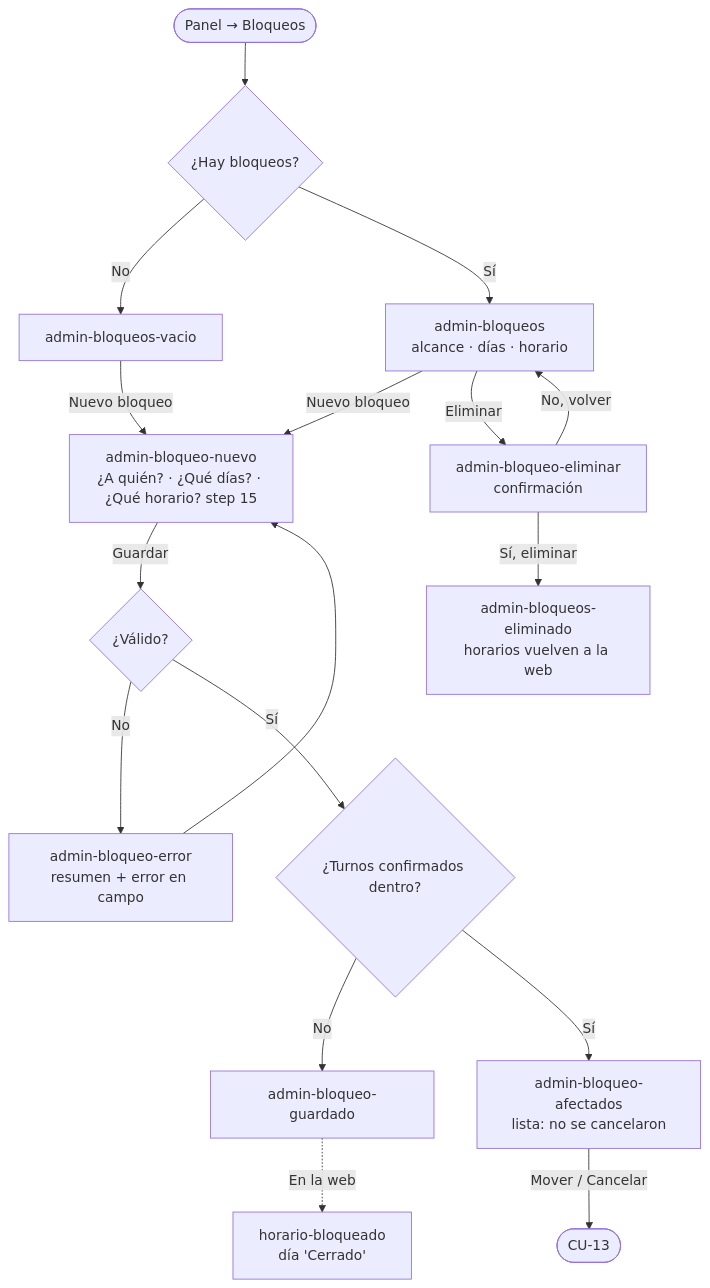
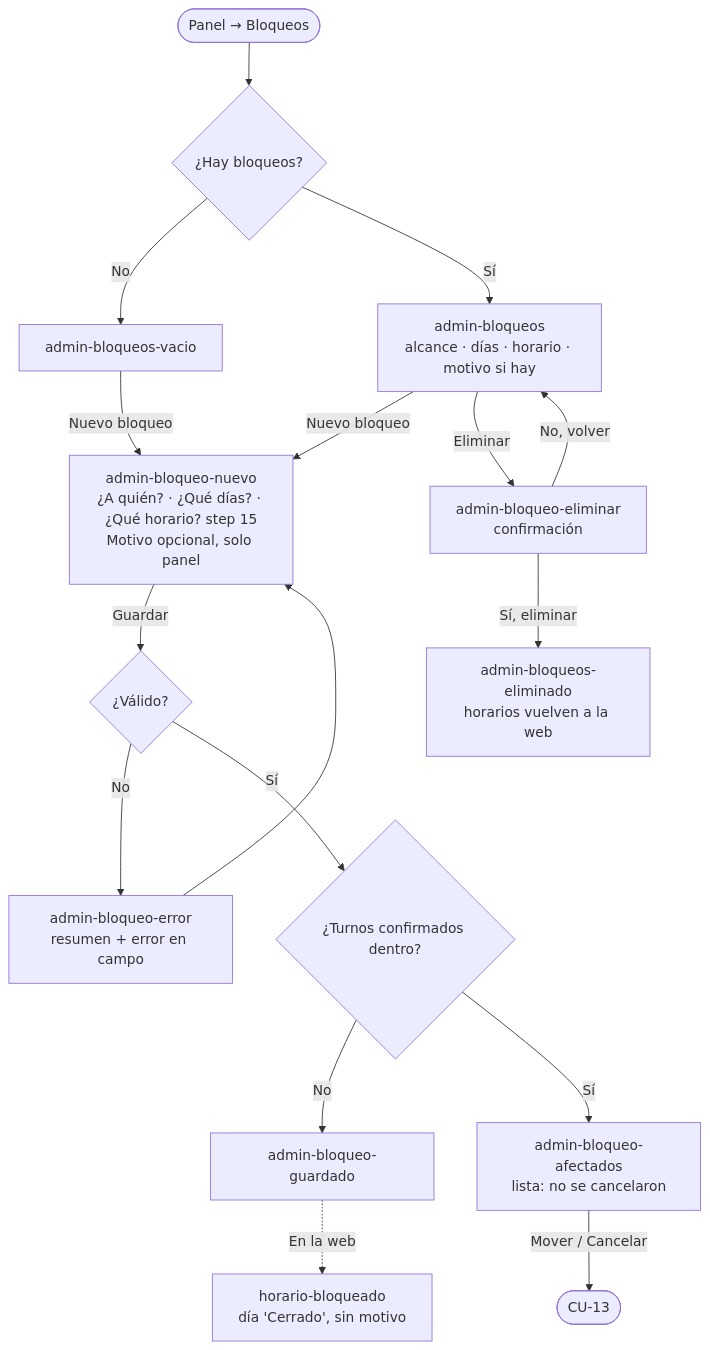
Diagram 15 of 18 in initiatives/turnos-peluqueria-mvp/flows.md (gm2dev/coop-agents-design), drawn with Mermaid before and after one commit. The commit also changed other lines of this file and 3 other files, not shown here.

Commit message:
docs(turnos-peluqueria-mvp): resolver P-D9 a P-D14, DD-31 con motivo y DD-36 bloqueos en la agenda (v0.6)

````diff
--- a/initiatives/turnos-peluqueria-mvp/flows.md
+++ b/initiatives/turnos-peluqueria-mvp/flows.md
@@ -265,18 +265,18 @@
 ```mermaid
 flowchart TD
   nav([Panel → Bloqueos]) --> any{¿Hay bloqueos?}
   any -->|No| empty[admin-bloqueos-vacio]
-  any -->|Sí| list[admin-bloqueos<br/>alcance · días · horario]
-  empty & list -->|Nuevo bloqueo| form[admin-bloqueo-nuevo<br/>¿A quién? · ¿Qué días? · ¿Qué horario? step 15]
+  any -->|Sí| list[admin-bloqueos<br/>alcance · días · horario · motivo si hay]
+  empty & list -->|Nuevo bloqueo| form[admin-bloqueo-nuevo<br/>¿A quién? · ¿Qué días? · ¿Qué horario? step 15<br/>Motivo opcional, solo panel]
   form -->|Guardar| val{¿Válido?}
   val -->|No| ferr[admin-bloqueo-error<br/>resumen + error en campo]
   ferr --> form
   val -->|Sí| turns{¿Turnos confirmados dentro?}
   turns -->|No| saved[admin-bloqueo-guardado]
   turns -->|Sí| aff[admin-bloqueo-afectados<br/>lista: no se cancelaron]
   aff -->|Mover / Cancelar| cu13([CU-13])
   list -->|Eliminar| del[admin-bloqueo-eliminar<br/>confirmación]
   del -->|No, volver| list
   del -->|Sí, eliminar| gone[admin-bloqueos-eliminado<br/>horarios vuelven a la web]
-  saved -.->|En la web| web[horario-bloqueado<br/>día 'Cerrado']
+  saved -.->|En la web| web[horario-bloqueado<br/>día 'Cerrado', sin motivo]
 ```
````
